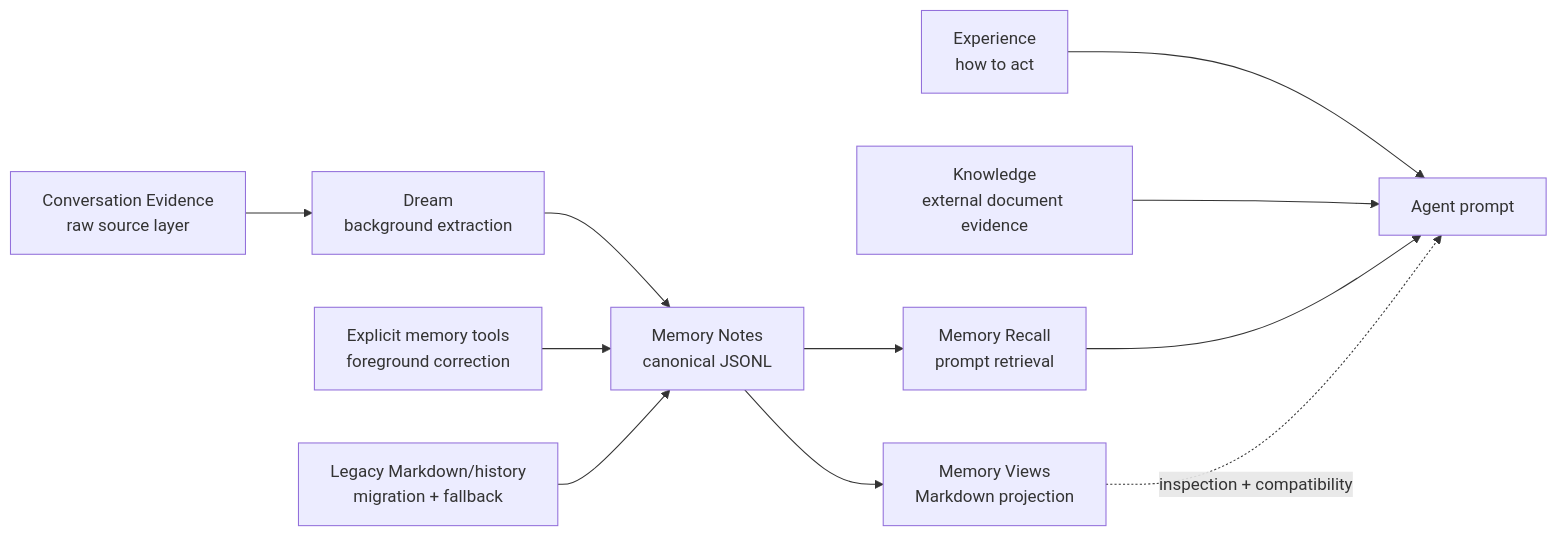
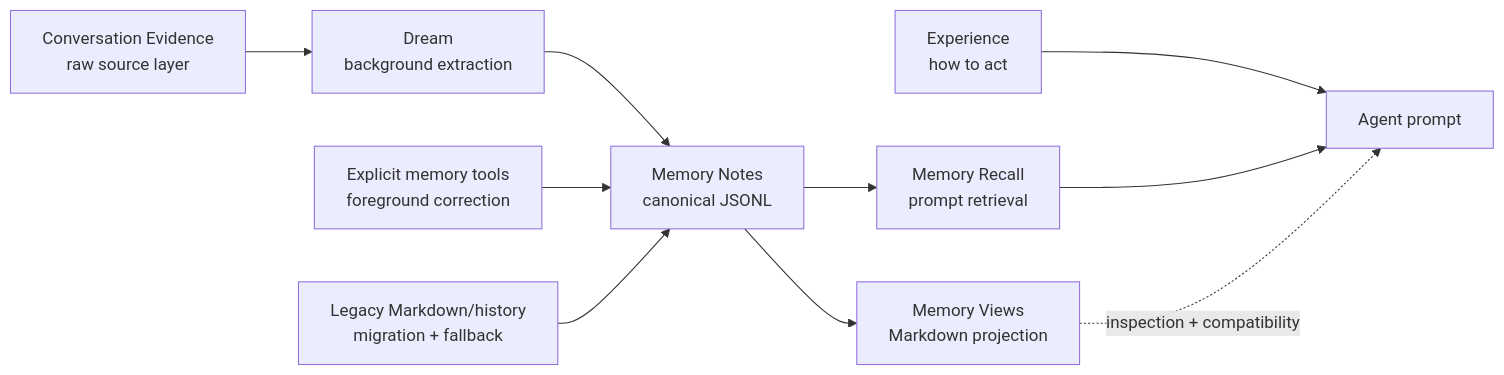
One commit to SudoJacky/tinybot changed the second of 2 diagrams in README.md. Above: the diagram before and after it, drawn with Mermaid. The commit also changed other lines of this file and 82 other files, not shown here.

````diff
--- a/README.md
+++ b/README.md
@@ -82,16 +80,15 @@
 ```mermaid
 flowchart LR
     Notes["Memory Notes\ncanonical JSONL"] --> Views["Memory Views\nMarkdown projection"]
     Notes --> Recall["Memory Recall\nprompt retrieval"]
     Evidence["Conversation Evidence\nraw source layer"] --> Dream["Dream\nbackground extraction"]
     Dream --> Notes
 
     ExplicitTools["Explicit memory tools\nforeground correction"] --> Notes
     Legacy["Legacy Markdown/history\nmigration + fallback"] --> Notes
 
     Experience["Experience\nhow to act"] --> AgentPrompt["Agent prompt"]
-    Knowledge["Knowledge\nexternal document evidence"] --> AgentPrompt
     Recall --> AgentPrompt
 
     Views -. "inspection + compatibility" .-> AgentPrompt
 ```
````
